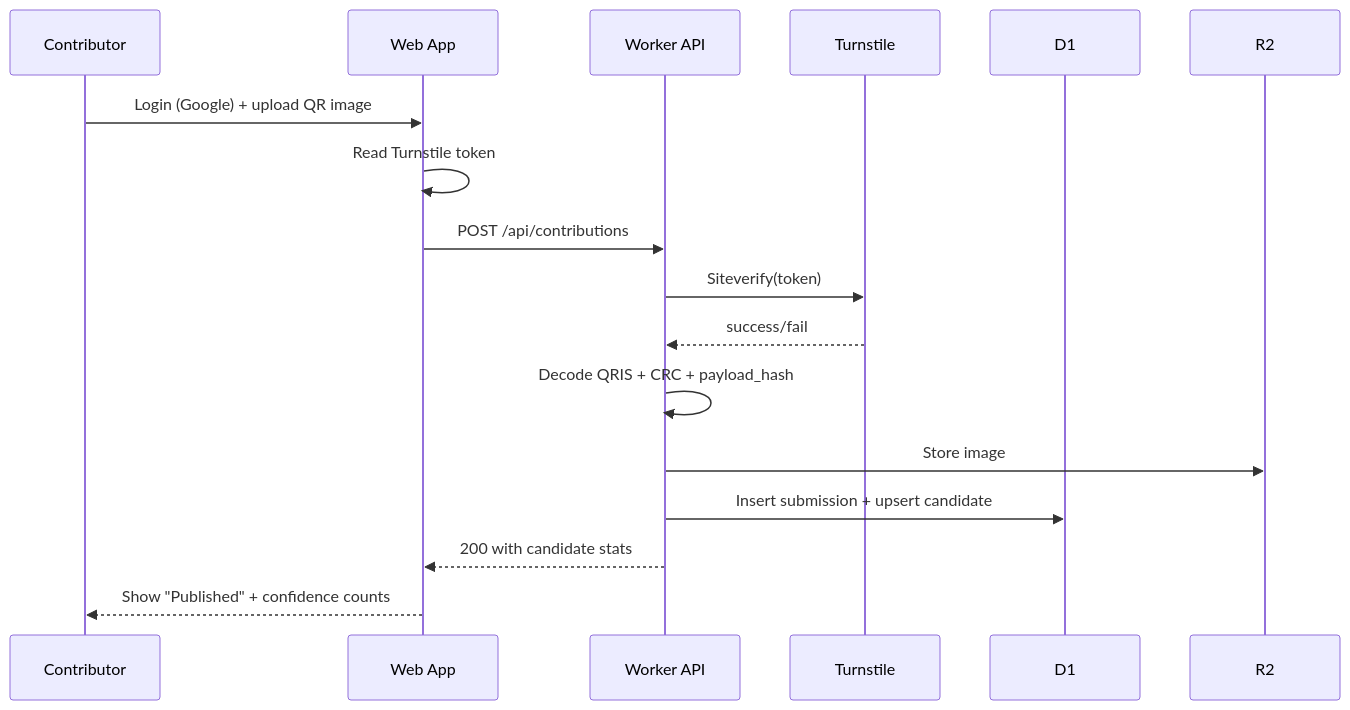
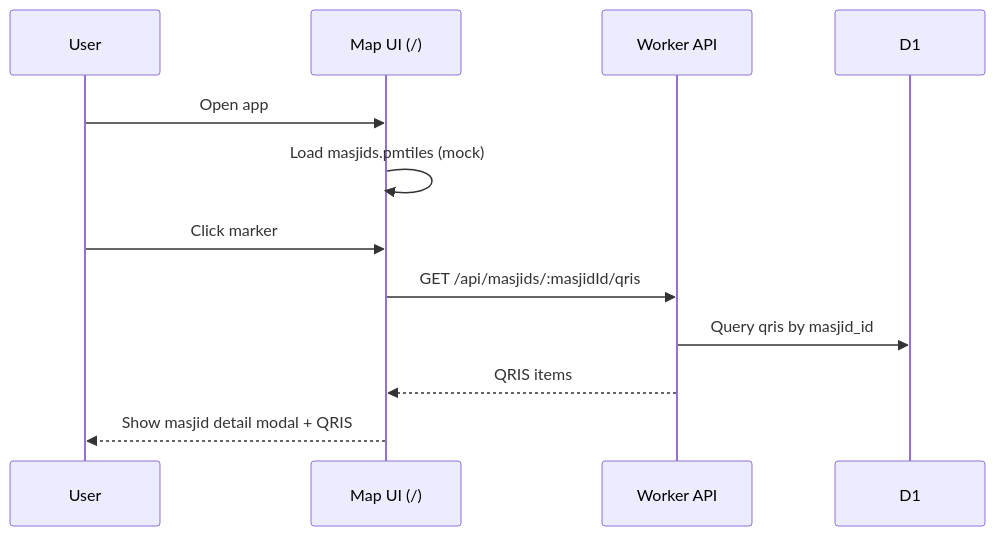
The third of 5 diagrams in docs/spec.md (radjathaher/qris-masjid), drawn with Mermaid before and after one commit. The commit also changed other lines of this file and 54 other files, not shown here.

Commit message:
feat: scaffold cloudflare mvp with fsd layout and modal map flow

````diff
--- a/docs/spec.md
+++ b/docs/spec.md
@@ -211,20 +240,15 @@
 ```mermaid
 sequenceDiagram
-  participant C as Contributor
-  participant FE as Web App
+  participant U as User
+  participant FE as Map UI (/)
   participant API as Worker API
-  participant TS as Turnstile
   participant D1 as D1
-  participant R2 as R2
 
-  C->>FE: Login (Google) + upload QR image
-  FE->>FE: Read Turnstile token
-  FE->>API: POST /api/contributions
-  API->>TS: Siteverify(token)
-  TS-->>API: success/fail
-  API->>API: Decode QRIS + CRC + payload_hash
-  API->>R2: Store image
-  API->>D1: Insert submission + upsert candidate
-  API-->>FE: 200 with candidate stats
-  FE-->>C: Show "Published" + confidence counts
+  U->>FE: Open app
+  FE->>FE: Load masjids.pmtiles (mock)
+  U->>FE: Click marker
+  FE->>API: GET /api/masjids/:masjidId/qris
+  API->>D1: Query qris by masjid_id
+  API-->>FE: QRIS items
+  FE-->>U: Show masjid detail modal + QRIS
 ```
````
